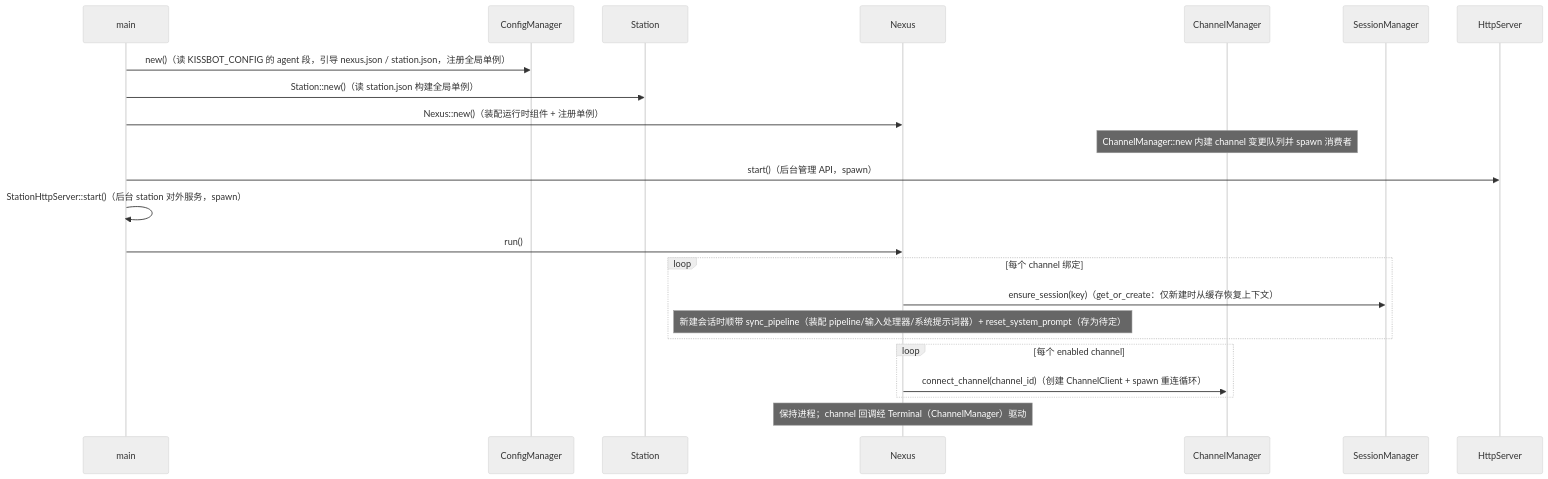
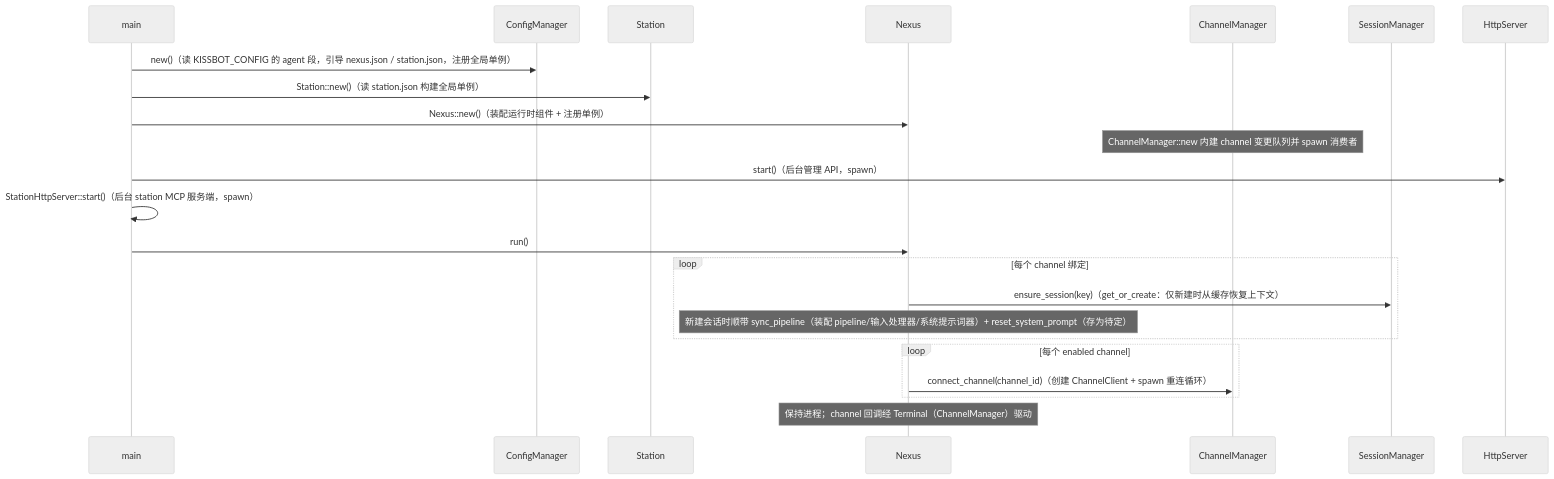
The second of 5 diagrams in docs/spec/agent-modules.md (coldcloude/kissbot), drawn with Mermaid (neutral theme) before and after one commit. The commit also changed other lines of this file and 53 other files, not shown here.

First line of the commit message:
Station 与 MCP 一体化：新增 kissbot-mcp 组件，以 group/MCP 重写 Station

````diff
--- a/docs/spec/agent-modules.md
+++ b/docs/spec/agent-modules.md
@@ -99,26 +101,26 @@
 ```mermaid
 sequenceDiagram
     participant main
     participant CFG as ConfigManager
     participant ST as Station
     participant CO as Nexus
     participant CHM as ChannelManager
     participant SM as SessionManager
     participant HS as HttpServer
 
     main->>CFG: new()（读 KISSBOT_CONFIG 的 agent 段，引导 nexus.json / station.json，注册全局单例）
     main->>ST: Station::new()（读 station.json 构建全局单例）
     main->>CO: Nexus::new()（装配运行时组件 + 注册单例）
     Note over CHM: ChannelManager::new 内建 channel 变更队列并 spawn 消费者
     main->>HS: start()（后台管理 API，spawn）
-    main->>main: StationHttpServer::start()（后台 station 对外服务，spawn）
+    main->>main: StationHttpServer::start()（后台 station MCP 服务端，spawn）
     main->>CO: run()
     loop 每个 channel 绑定
         CO->>SM: ensure_session(key)（get_or_create：仅新建时从缓存恢复上下文）
         Note over CO: 新建会话时顺带 sync_pipeline（装配 pipeline/输入处理器/系统提示词器）+ reset_system_prompt（存为待定）
     end
     loop 每个 enabled channel
         CO->>CHM: connect_channel(channel_id)（创建 ChannelClient + spawn 重连循环）
     end
     Note over CO: 保持进程；channel 回调经 Terminal（ChannelManager）驱动
 ```
````
